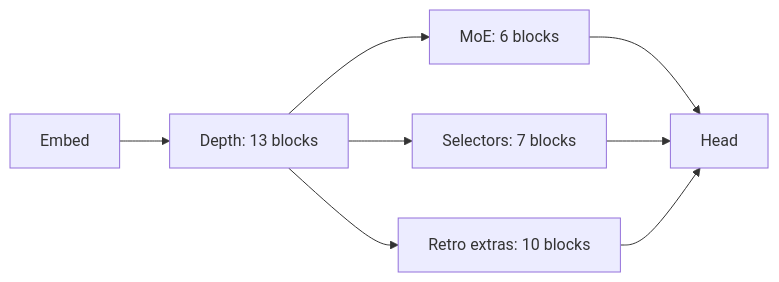
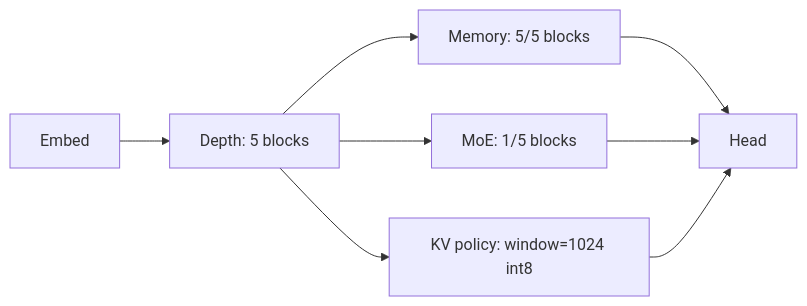
One commit to strangeloopcanon/transformer-evolution-llm changed the first of 3 diagrams in README.md. Above: the diagram before and after it, drawn with Mermaid. The commit also changed other lines of this file, not shown here.

````diff
--- a/README.md
+++ b/README.md
@@ -270,10 +274,10 @@
 ```mermaid
 flowchart LR
-  E1[Embed] --> D1[Depth: 13 blocks]
-  D1 --> M1[MoE: 6 blocks]
-  D1 --> S1[Selectors: 7 blocks]
-  D1 --> R1[Retro extras: 10 blocks]
-  M1 --> O1[Head]
-  S1 --> O1
-  R1 --> O1
+  E1[Embed] --> D1[Depth: 5 blocks]
+  D1 --> R1[Memory: 5/5 blocks]
+  D1 --> M1[MoE: 1/5 blocks]
+  D1 --> K1[KV policy: window=1024 int8]
+  R1 --> O1[Head]
+  M1 --> O1
+  K1 --> O1
 ```
````
